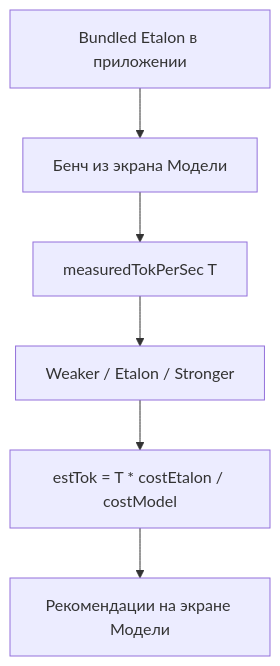
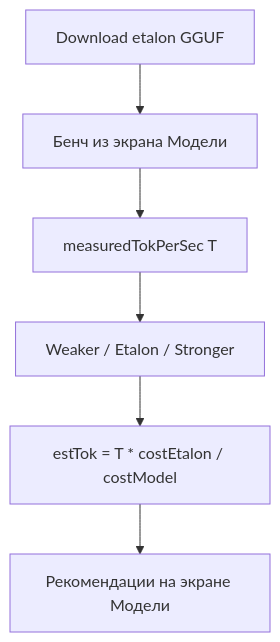
Before and after one commit to Uzopb/ragg: the second of 4 diagrams in docs/PLAN.md, drawn with Mermaid. The commit also changed other lines of this file and 3 other files, not shown here.

Commit message:
GGUF download-only. Begin instruction

````diff
--- a/docs/PLAN.md
+++ b/docs/PLAN.md
@@ -344,8 +381,8 @@
 ```mermaid
 flowchart TD
-  Bundled[Bundled Etalon в приложении] --> Bench[Бенч из экрана Модели]
+  Dl[Download etalon GGUF] --> Bench[Бенч из экрана Модели]
   Bench --> T[measuredTokPerSec T]
   T --> Rank[Weaker / Etalon / Stronger]
   Rank --> Est["estTok = T * costEtalon / costModel"]
   Est --> UI[Рекомендации на экране Модели]
 ```
````
